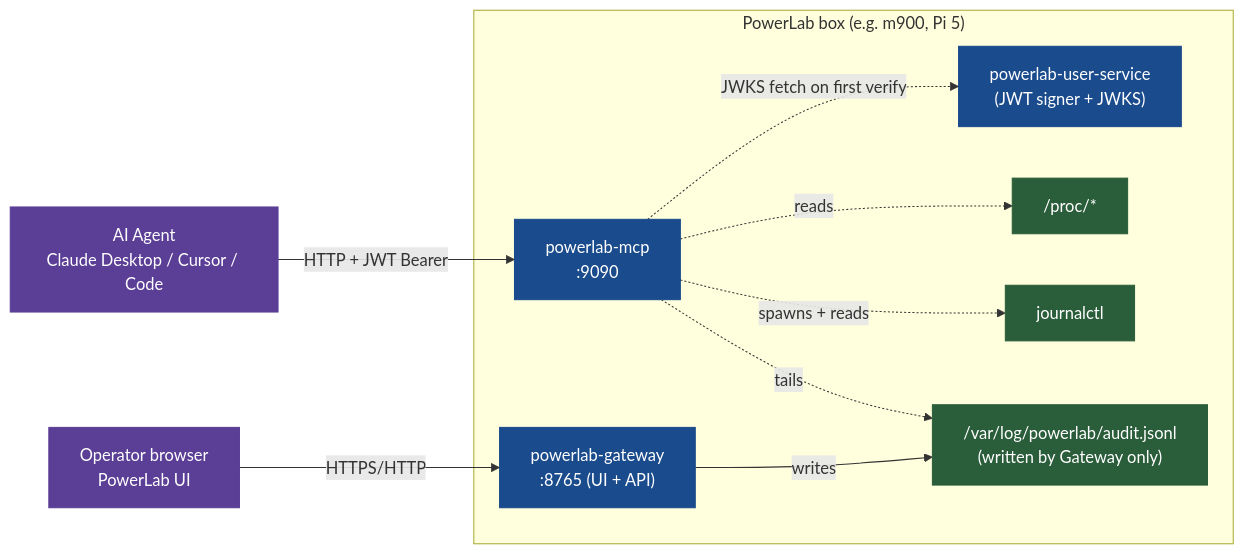
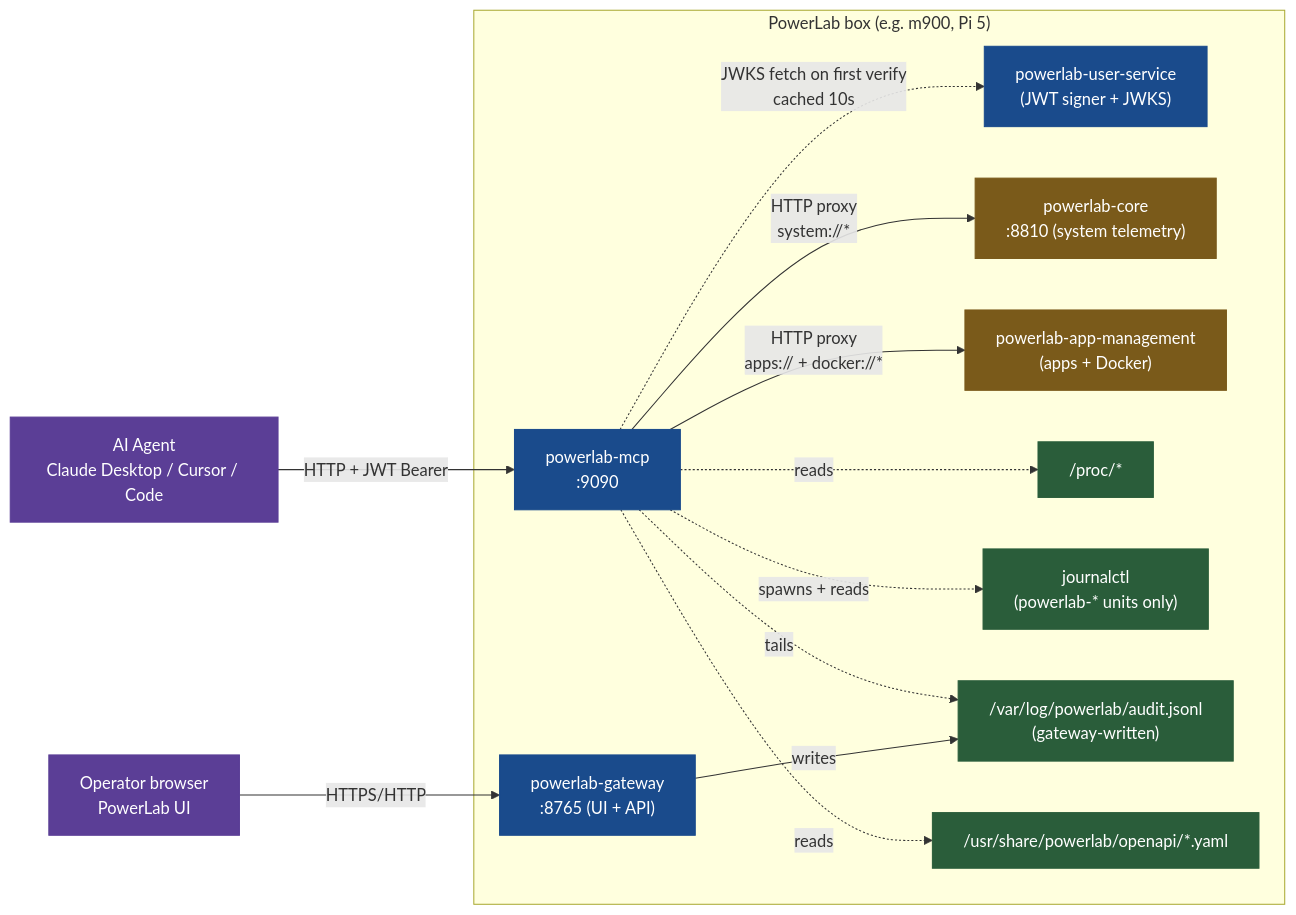
Before and after one commit to neochaotic/powerlab: the first of 4 diagrams in docs/concepts/mcp-server.md, drawn with Mermaid. The commit also changed other lines of this file and 2 other files, not shown here.

````diff
--- a/docs/concepts/mcp-server.md
+++ b/docs/concepts/mcp-server.md
@@ -45,31 +71,43 @@
 ```mermaid
 flowchart LR
     Agent[AI Agent<br/>Claude Desktop / Cursor / Code]
     User[Operator browser<br/>PowerLab UI]
 
     subgraph Box["PowerLab box (e.g. m900, Pi 5)"]
         Gateway["powerlab-gateway<br/>:8765 (UI + API)"]
         UserSvc["powerlab-user-service<br/>(JWT signer + JWKS)"]
+        Core["powerlab-core<br/>:8810 (system telemetry)"]
+        AppMgmt["powerlab-app-management<br/>(apps + Docker)"]
         MCP["powerlab-mcp<br/>:9090"]
         Proc["/proc/*"]
-        Journal["journalctl"]
-        Audit["/var/log/powerlab/audit.jsonl<br/>(written by Gateway only)"]
+        Journal["journalctl<br/>(powerlab-* units only)"]
+        Audit["/var/log/powerlab/audit.jsonl<br/>(gateway-written)"]
+        OpenAPI["/usr/share/powerlab/openapi/*.yaml"]
     end
 
     User -->|HTTPS/HTTP| Gateway
     Agent -->|HTTP + JWT Bearer| MCP
 
+    %% Independent reads
     MCP -.->|reads| Proc
     MCP -.->|spawns + reads| Journal
     MCP -.->|tails| Audit
+    MCP -.->|reads| OpenAPI
     Gateway -->|writes| Audit
 
-    MCP -.->|JWKS fetch on first verify| UserSvc
+    %% Proxied reads
+    MCP -->|HTTP proxy<br/>system://*| Core
+    MCP -->|HTTP proxy<br/>apps:// + docker://*| AppMgmt
+
+    %% Auth
+    MCP -.->|JWKS fetch on first verify<br/>cached 10s| UserSvc
 
     classDef agent fill:#5b3e96,color:white,stroke:#5b3e96
     classDef pl fill:#1a4b8c,color:white,stroke:#1a4b8c
+    classDef proxy fill:#7a5a1a,color:white,stroke:#7a5a1a
     classDef data fill:#2a5d3a,color:white,stroke:#2a5d3a
     class Agent,User agent
     class Gateway,UserSvc,MCP pl
-    class Proc,Journal,Audit data
+    class Core,AppMgmt proxy
+    class Proc,Journal,Audit,OpenAPI data
 ```
````
